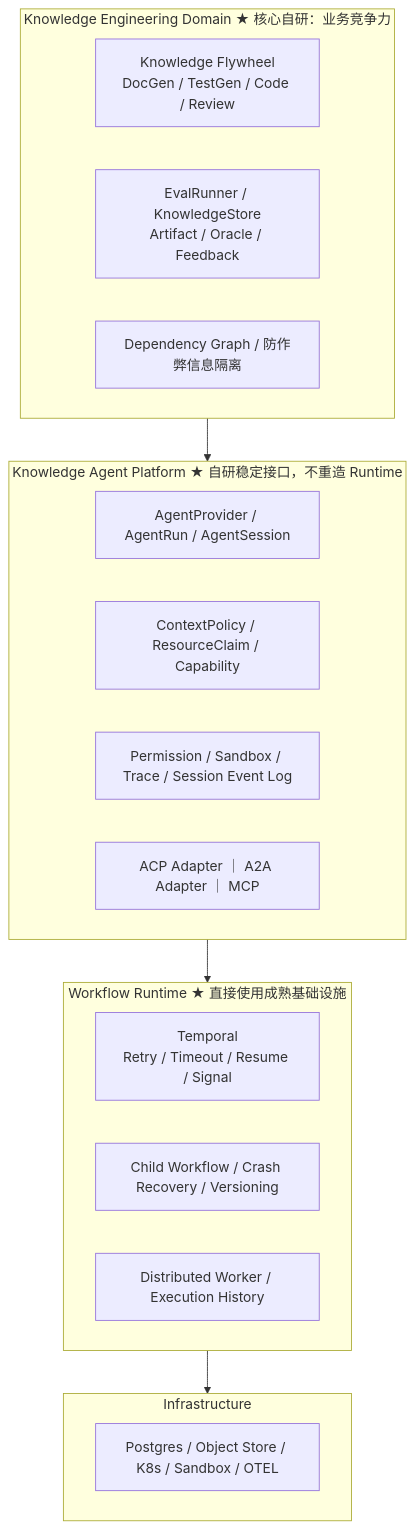
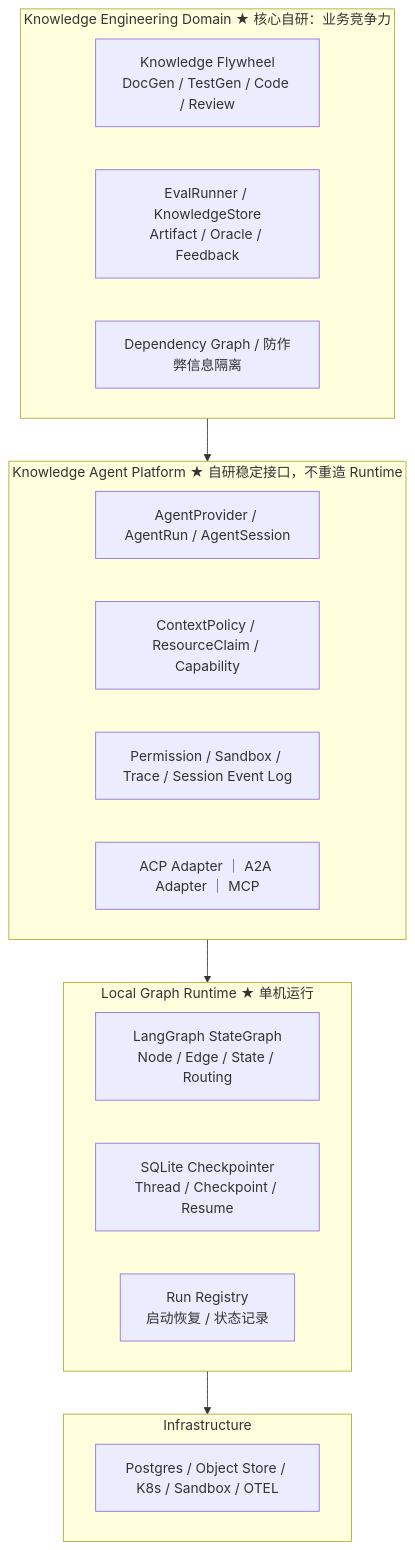
Before and after one commit to linlisWorkTeam/wpKnowledge: the diagram in knowledge/2.wiki/多agent选型/README.md, drawn with Mermaid. The commit also changed other lines of this file and 4 other files, not shown here.

Commit message:
docs: update multi-agent architecture selection

````diff
--- a/knowledge/2.wiki/多agent选型/README.md
+++ b/knowledge/2.wiki/多agent选型/README.md
@@ -20,27 +19,27 @@
 ```mermaid
 flowchart TD
     subgraph DOMAIN["Knowledge Engineering Domain ★ 核心自研：业务竞争力"]
         D1["Knowledge Flywheel<br/>DocGen / TestGen / Code / Review"]
         D2["EvalRunner / KnowledgeStore<br/>Artifact / Oracle / Feedback"]
         D3["Dependency Graph / 防作弊信息隔离"]
     end
 
     subgraph PLATFORM["Knowledge Agent Platform ★ 自研稳定接口，不重造 Runtime"]
         P1["AgentProvider / AgentRun / AgentSession"]
         P2["ContextPolicy / ResourceClaim / Capability"]
         P3["Permission / Sandbox / Trace / Session Event Log"]
         P4["ACP Adapter ｜ A2A Adapter ｜ MCP"]
     end
 
-    subgraph RUNTIME["Workflow Runtime ★ 直接使用成熟基础设施"]
-        R1["Temporal<br/>Retry / Timeout / Resume / Signal"]
-        R2["Child Workflow / Crash Recovery / Versioning"]
-        R3["Distributed Worker / Execution History"]
+    subgraph RUNTIME["Local Graph Runtime ★ 单机运行"]
+        R1["LangGraph StateGraph<br/>Node / Edge / State / Routing"]
+        R2["SQLite Checkpointer<br/>Thread / Checkpoint / Resume"]
+        R3["Run Registry<br/>启动恢复 / 状态记录"]
     end
 
     subgraph INFRA["Infrastructure"]
         I1["Postgres / Object Store / K8s / Sandbox / OTEL"]
     end
 
     DOMAIN --> PLATFORM --> RUNTIME --> INFRA
 ```
````
